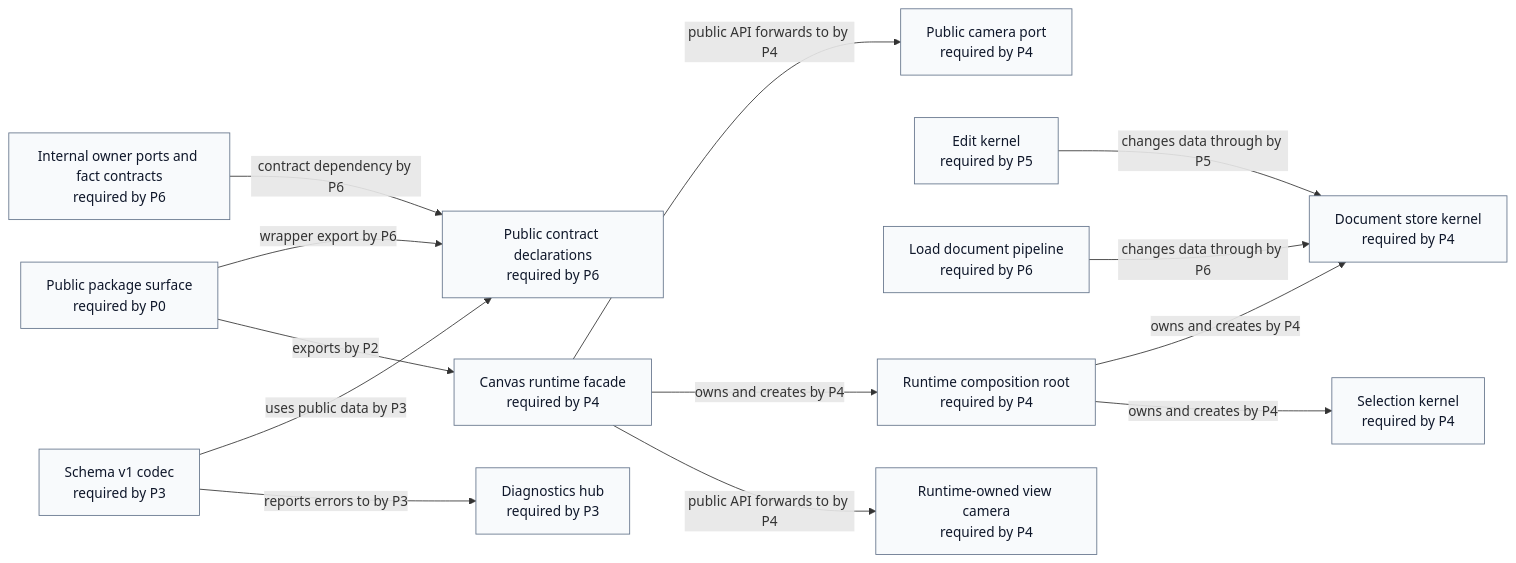
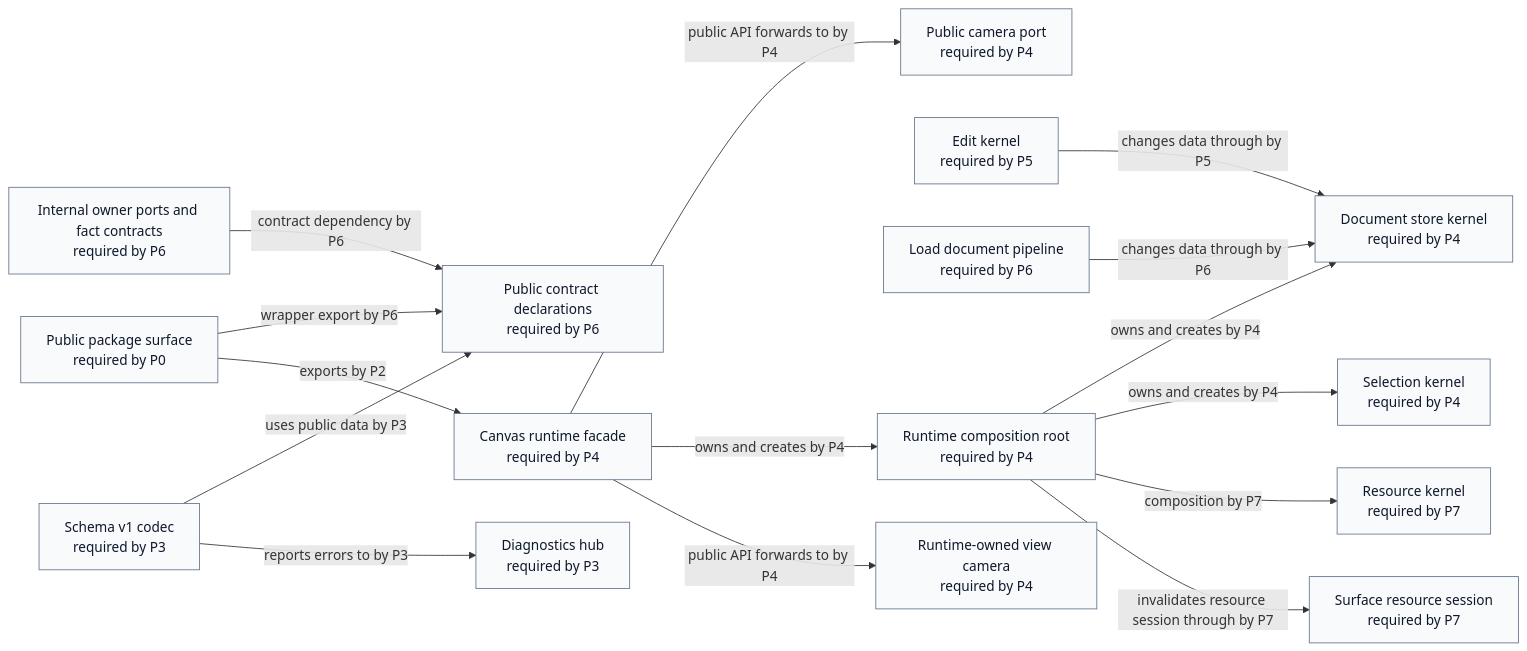
One commit to GreatPika/iwb_canvas_engine changed the diagram in docs/diagrams/generated/actual_vs_expected_diff.mmd. Above: the diagram before and after it, drawn with Mermaid. The commit also changed 10 other files, not shown here.

First line of the commit message:
docs(architecture): select P7 generated graph views

```diff
--- a/docs/diagrams/generated/actual_vs_expected_diff.mmd
+++ b/docs/diagrams/generated/actual_vs_expected_diff.mmd
@@ -1,32 +1,36 @@
 %% GENERATED FILE. Do not edit by hand.
 %% Source: docs/architecture/architecture_graph.yaml
 %% View: Actual vs expected selected phase diff
-%% Selected phase: P6
+%% Selected phase: P7
 flowchart LR
   api_camera_port["Public camera port<br/>required by P4"]:::ok
   api_canvas_runtime["Canvas runtime facade<br/>required by P4"]:::ok
   api_public_surface["Public package surface<br/>required by P0"]:::ok
   codec_schema_v1["Schema v1 codec<br/>required by P3"]:::ok
   contracts_internal_ports["Internal owner ports and fact contracts<br/>required by P6"]:::ok
   contracts_public["Public contract declarations<br/>required by P6"]:::ok
   diagnostics_hub["Diagnostics hub<br/>required by P3"]:::ok
   edit_kernel["Edit kernel<br/>required by P5"]:::ok
   load_document_pipeline["Load document pipeline<br/>required by P6"]:::ok
+  resource_kernel["Resource kernel<br/>required by P7"]:::ok
+  resource_surface_session["Surface resource session<br/>required by P7"]:::ok
   runtime_root["Runtime composition root<br/>required by P4"]:::ok
   runtime_view_camera["Runtime-owned view camera<br/>required by P4"]:::ok
   selection_kernel["Selection kernel<br/>required by P4"]:::ok
   store_document_kernel["Document store kernel<br/>required by P4"]:::ok
   api_canvas_runtime -->|public API forwards to by P4| runtime_view_camera
   api_canvas_runtime -->|owns and creates by P4| runtime_root
   api_canvas_runtime -->|public API forwards to by P4| api_camera_port
   api_public_surface -->|exports by P2| api_canvas_runtime
   api_public_surface -->|wrapper export by P6| contracts_public
   codec_schema_v1 -->|reports errors to by P3| diagnostics_hub
   codec_schema_v1 -->|uses public data by P3| contracts_public
   contracts_internal_ports -->|contract dependency by P6| contracts_public
   edit_kernel -->|changes data through by P5| store_document_kernel
   load_document_pipeline -->|changes data through by P6| store_document_kernel
+  runtime_root -->|invalidates resource session through by P7| resource_surface_session
+  runtime_root -->|composition by P7| resource_kernel
   runtime_root -->|owns and creates by P4| selection_kernel
   runtime_root -->|owns and creates by P4| store_document_kernel
   classDef ok fill:#f8fafc,stroke:#64748b,color:#0f172a
   classDef violation fill:#fee2e2,stroke:#dc2626,color:#7f1d1d
```
